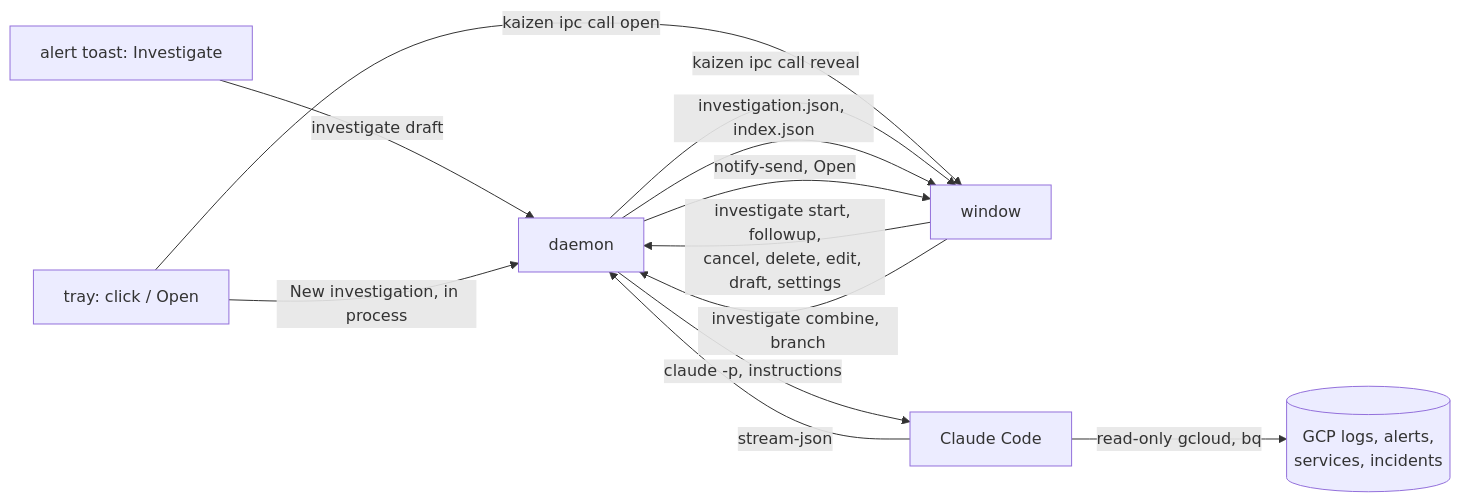
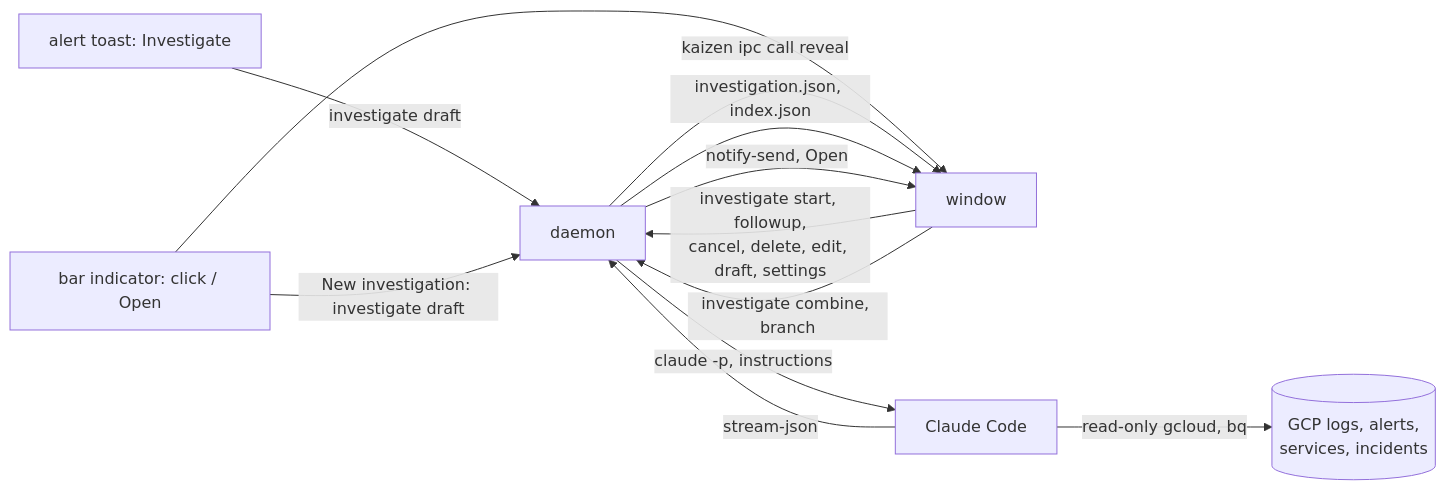
The diagram in kaizen/nix/plugins/incident-investigator/README.md (fredrikaverpil/dotfiles), drawn with Mermaid before and after one commit. The commit also changed other lines of this file and 10 other files, not shown here.

First line of the commit message:
refactor(kaizen): replace the investigator's tray icon with a bar indicator

````diff
--- a/kaizen/nix/plugins/incident-investigator/README.md
+++ b/kaizen/nix/plugins/incident-investigator/README.md
@@ -85,14 +85,14 @@
 ```mermaid
 flowchart LR
   toast["alert toast: Investigate"] -->|investigate draft| daemon
-  tray["tray: click / Open"] -->|kaizen ipc call open| window
-  tray -->|New investigation, in process| daemon
+  bar["bar indicator: click / Open"] --> window
+  bar -->|New investigation: investigate draft| daemon
   daemon -->|kaizen ipc call reveal| window
   window -->|investigate start, followup,<br>cancel, delete, edit, draft, settings| daemon
   window -->|investigate combine, branch| daemon
   daemon -->|claude -p, instructions| claude["Claude Code"]
   claude -->|read-only gcloud, bq| gcp[(GCP logs, alerts,<br>services, incidents)]
   claude -->|stream-json| daemon
   daemon -->|investigation.json, index.json| window
   daemon -->|notify-send, Open| window
 ```
````
